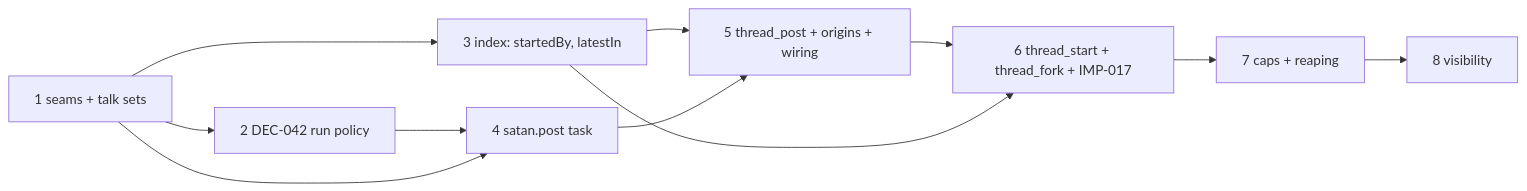
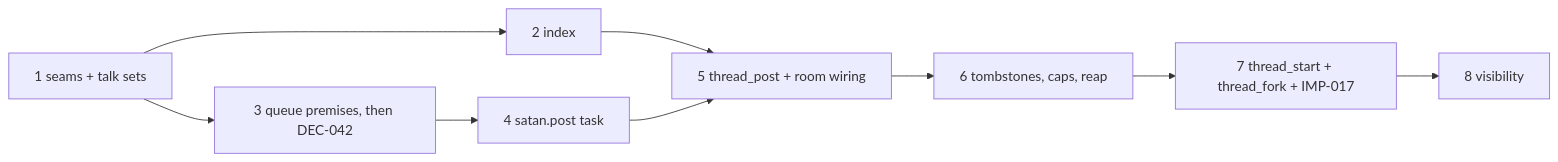
The diagram in .doctrine/slice/006/plan.md (davidlee/Malebolge), drawn with Mermaid before and after one commit. The commit also changed other lines of this file and 2 other files, not shown here.

````diff
--- a/.doctrine/slice/006/plan.md
+++ b/.doctrine/slice/006/plan.md
@@ -15,13 +16,11 @@
 ```mermaid
 flowchart LR
-  P1["1 seams + talk sets"] --> P2["2 DEC-042 run policy"]
-  P1 --> P3["3 index: startedBy, latestIn"]
-  P2 --> P4["4 satan.post task"]
-  P1 --> P4
-  P3 --> P5["5 thread_post + origins + wiring"]
+  P1["1 seams + talk sets"] --> P2["2 index"]
+  P1 --> P3["3 queue premises, then DEC-042"]
+  P3 --> P4["4 satan.post task"]
+  P2 --> P5["5 thread_post + room wiring"]
   P4 --> P5
-  P5 --> P6["6 thread_start + thread_fork + IMP-017"]
-  P3 --> P6
-  P6 --> P7["7 caps + reaping"]
+  P5 --> P6["6 tombstones, caps, reap"]
+  P6 --> P7["7 thread_start + thread_fork + IMP-017"]
   P7 --> P8["8 visibility"]
 ```
````
